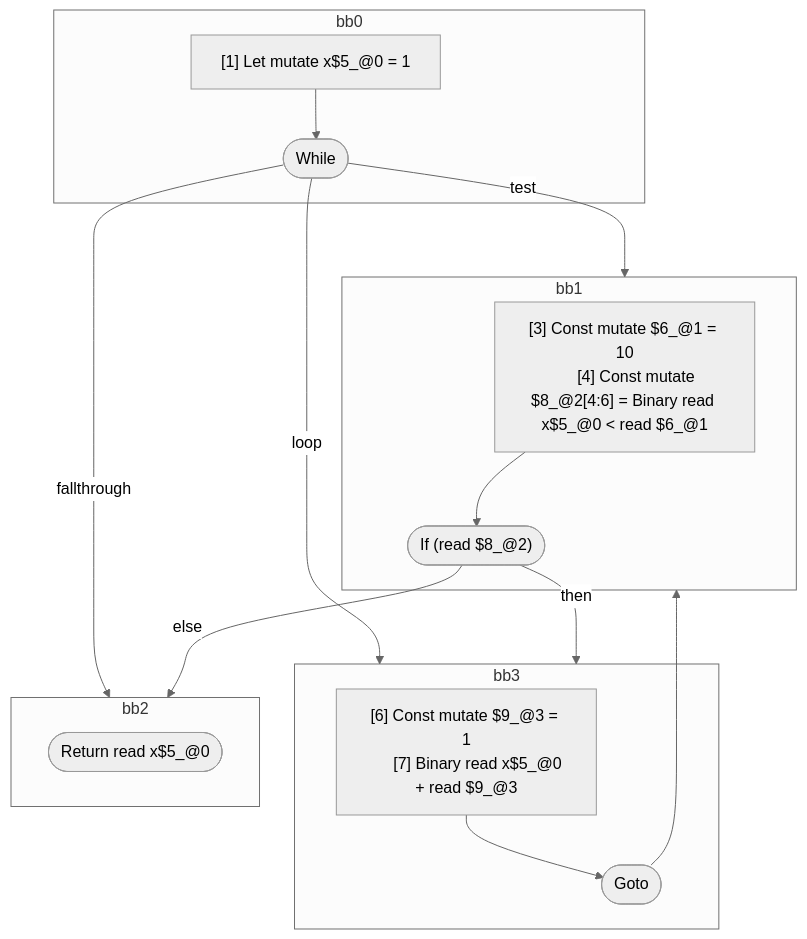
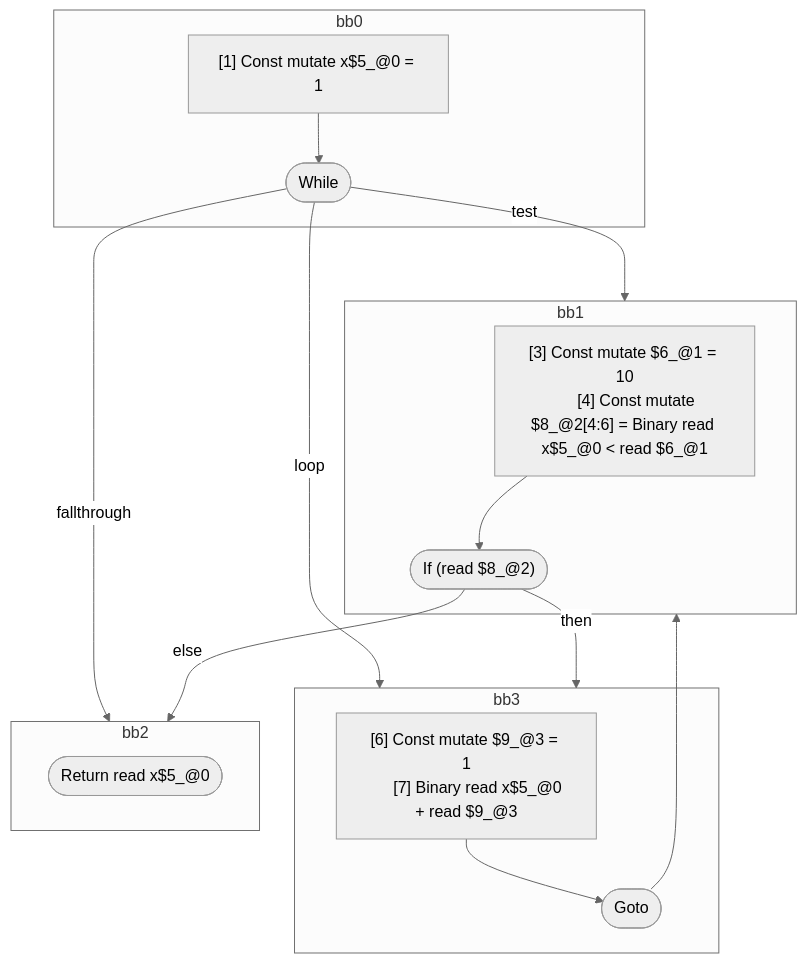
The diagram in compiler/forget/src/__tests__/fixtures/hir/ssa-while-no-reassign.expect.md (wutsmog/private), drawn with Mermaid (neutral theme) before and after one commit. The commit also changed other lines of this file and 61 other files, not shown here.

````diff
--- a/compiler/forget/src/__tests__/fixtures/hir/ssa-while-no-reassign.expect.md
+++ b/compiler/forget/src/__tests__/fixtures/hir/ssa-while-no-reassign.expect.md
@@ -44,36 +44,36 @@
 ```mermaid
 flowchart TB
   %% Basic Blocks
   subgraph bb0
     bb0_instrs["
-      [1] Let mutate x$5_@0 = 1
+      [1] Const mutate x$5_@0 = 1
     "]
     bb0_instrs --> bb0_terminal(["While"])
   end
   subgraph bb1
     bb1_instrs["
       [3] Const mutate $6_@1 = 10
       [4] Const mutate $8_@2[4:6] = Binary read x$5_@0 < read $6_@1
     "]
     bb1_instrs --> bb1_terminal(["If (read $8_@2)"])
   end
   subgraph bb3
     bb3_instrs["
       [6] Const mutate $9_@3 = 1
       [7] Binary read x$5_@0 + read $9_@3
     "]
     bb3_instrs --> bb3_terminal(["Goto"])
   end
   subgraph bb2
     bb2_terminal(["Return read x$5_@0"])
   end
 
   %% Jumps
   bb0_terminal -- "test" --> bb1
   bb0_terminal -- "loop" --> bb3
   bb0_terminal -- "fallthrough" --> bb2
   bb1_terminal -- "then" --> bb3
   bb1_terminal -- "else" --> bb2
   bb3_terminal --> bb1
 
 ```
````
